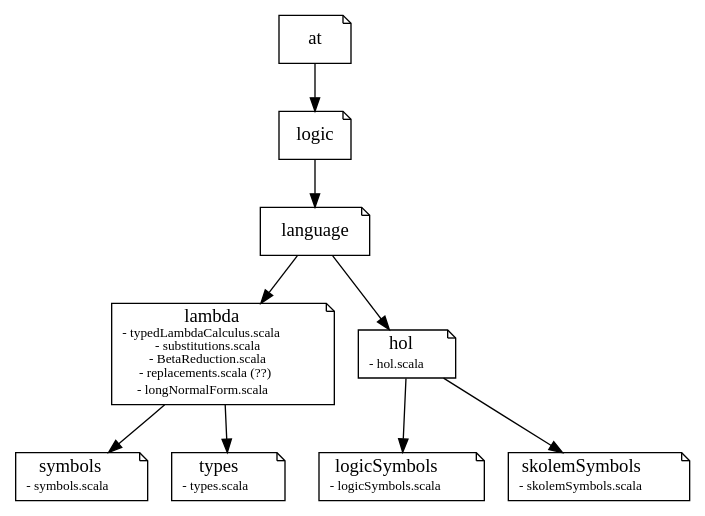
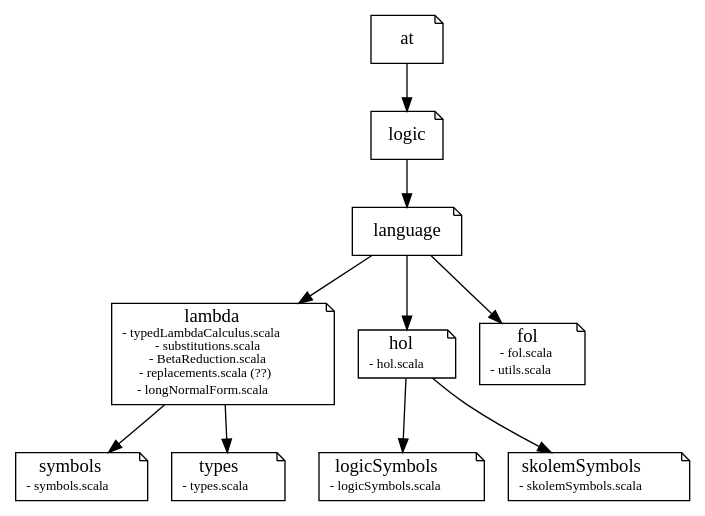
One commit to mschlaipfer/gapt changed the diagram in doc/packages.gv. Above: the diagram before and after it, drawn with Graphviz. The commit also changed 8 other files, not shown here.

```diff
--- a/doc/packages.gv
+++ b/doc/packages.gv
@@ -1,16 +1,18 @@
 # Command: dot packages.gv -Tpng > packages.png
 
 digraph G {
   node [shape=note];
   lambda [label=< lambda<br/><font point-size="10pt">- typedLambdaCalculus.scala<br/>- substitutions.scala<br/>- BetaReduction.scala<br/>- replacements.scala (??)<br/>- longNormalForm.scala</font> >]
   symbols [label=< symbols<br/><font point-size="10pt">- symbols.scala</font> >]
   types [label=< types<br/><font point-size="10pt">- types.scala</font> >]
   hol [label=< hol<br/><font point-size="10pt">- hol.scala</font> >]
   logicSymbols [label=< logicSymbols<br/><font point-size="10pt">- logicSymbols.scala</font> >]
   skolemSymbols [label=< skolemSymbols<br/><font point-size="10pt">- skolemSymbols.scala</font> >]
+  fol [label=< fol<br/><font point-size="10pt">- fol.scala<br/>- utils.scala</font> >]
   at -> logic -> language -> lambda -> symbols;
   lambda -> types;
   language -> hol;
   hol -> logicSymbols;
   hol -> skolemSymbols;
+  language -> fol;
 }
```
